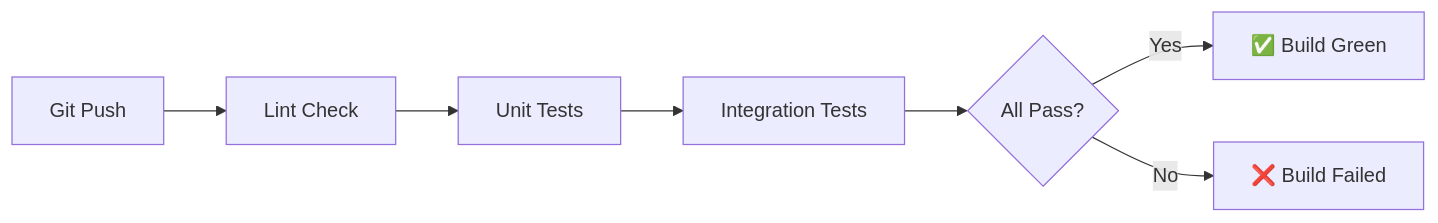
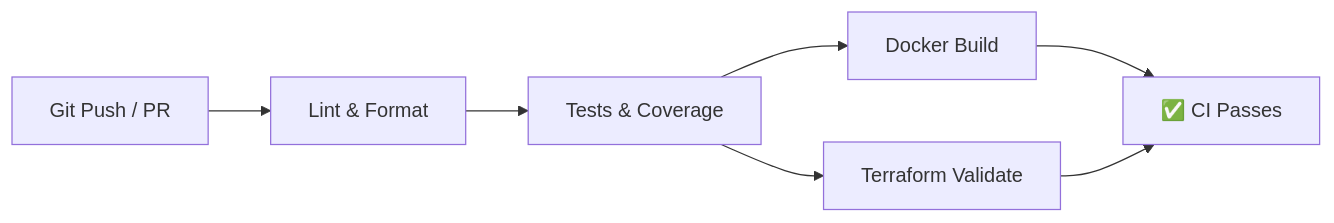
The diagram in README.md (ojeshwigautam/DataLakehouse-Platform), drawn with Mermaid before and after one commit. The commit also changed other lines of this file and 109 other files, not shown here.

````diff
--- a/README.md
+++ b/README.md
@@ -410,9 +482,9 @@
 ```mermaid
 flowchart LR
-    A[Git Push] --> B[Lint Check]
-    B --> C[Unit Tests]
-    C --> D[Integration Tests]
-    D --> E{All Pass?}
-    E -->|Yes| F[✅ Build Green]
-    E -->|No| G[❌ Build Failed]
+    A[Git Push / PR] --> B[Lint & Format]
+    B --> C[Tests & Coverage]
+    C --> D[Docker Build]
+    C --> E[Terraform Validate]
+    D --> F[✅ CI Passes]
+    E --> F
 ```
````
